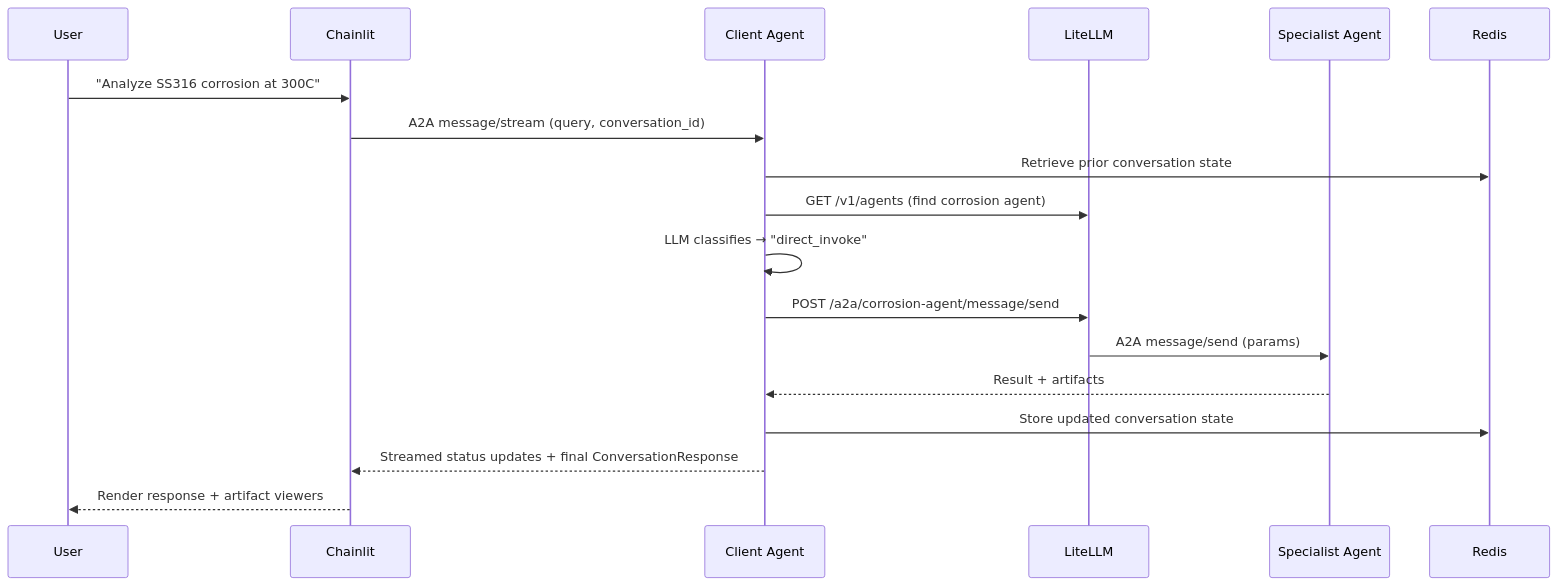
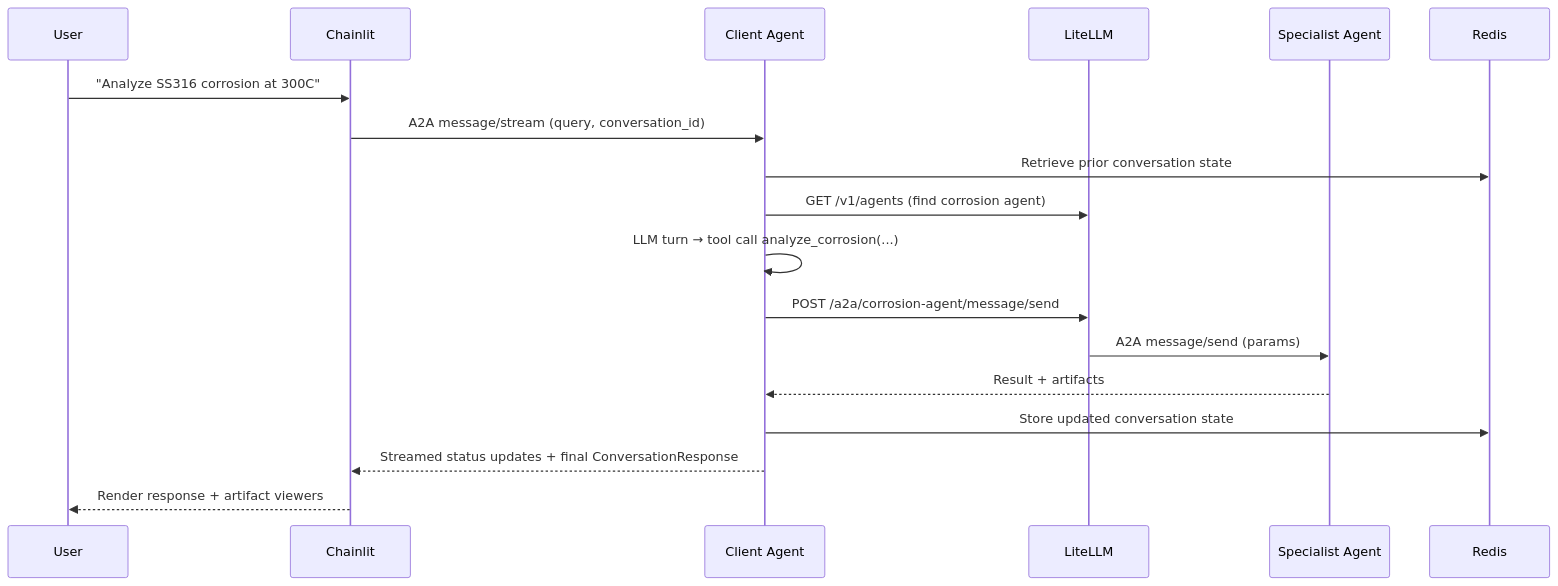
Before and after one commit to Jimmy-INL/prometheus_core: the second of 2 diagrams in docs/docs/dev-docs/architecture.md, drawn with Mermaid. The commit also changed other lines of this file and 50 other files, not shown here.

````diff
--- a/docs/docs/dev-docs/architecture.md
+++ b/docs/docs/dev-docs/architecture.md
@@ -124,21 +123,21 @@
 ```mermaid
 sequenceDiagram
     participant U as User
     participant CL as Chainlit
     participant CA as Client Agent
     participant LLM as LiteLLM
     participant SA as Specialist Agent
     participant R as Redis
 
     U->>CL: "Analyze SS316 corrosion at 300C"
     CL->>CA: A2A message/stream (query, conversation_id)
     CA->>R: Retrieve prior conversation state
     CA->>LLM: GET /v1/agents (find corrosion agent)
-    CA->>CA: LLM classifies → "direct_invoke"
+    CA->>CA: LLM turn → tool call analyze_corrosion(...)
     CA->>LLM: POST /a2a/corrosion-agent/message/send
     LLM->>SA: A2A message/send (params)
     SA-->>CA: Result + artifacts
     CA->>R: Store updated conversation state
     CA-->>CL: Streamed status updates + final ConversationResponse
     CL-->>U: Render response + artifact viewers
 ```
````
